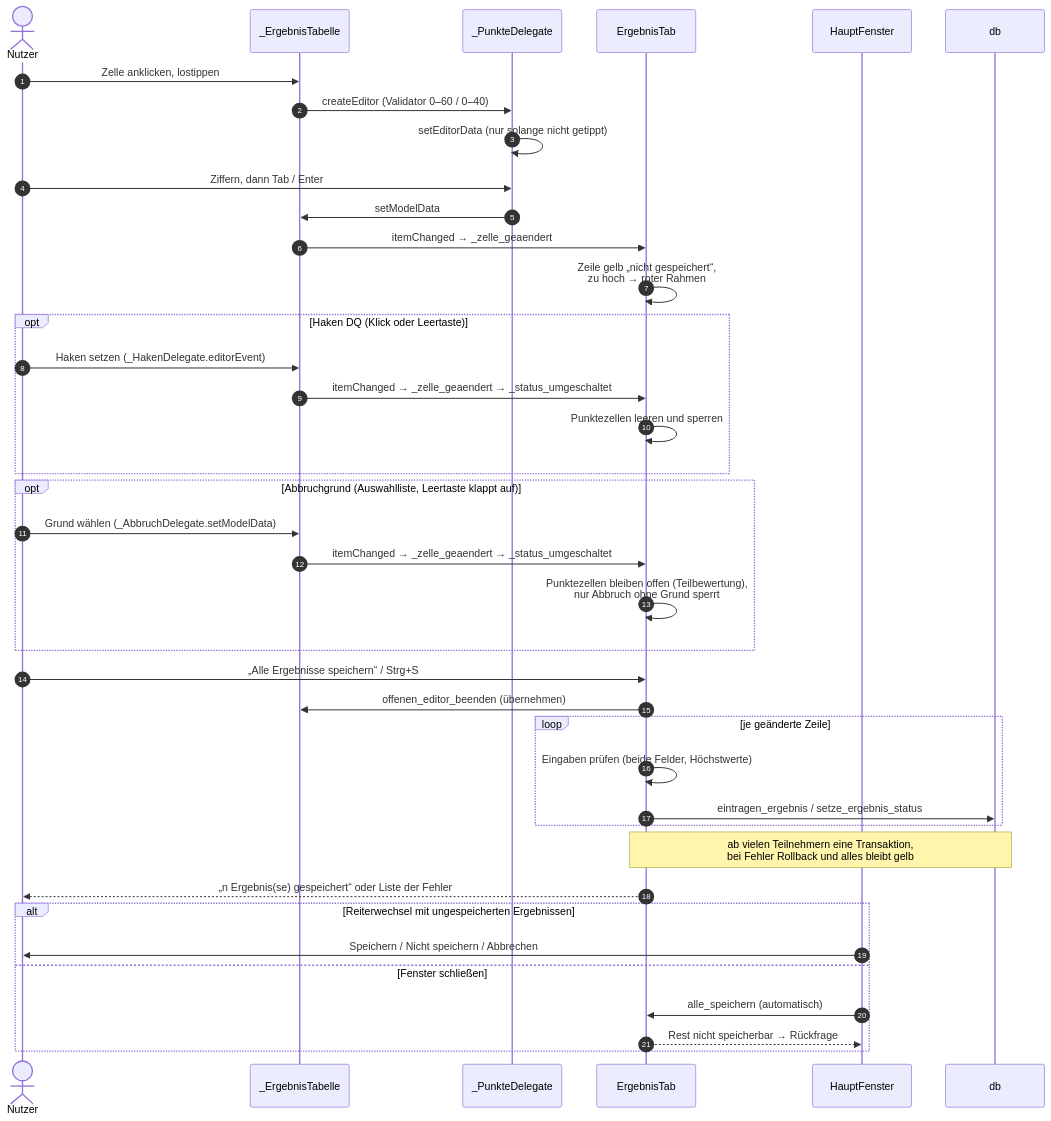
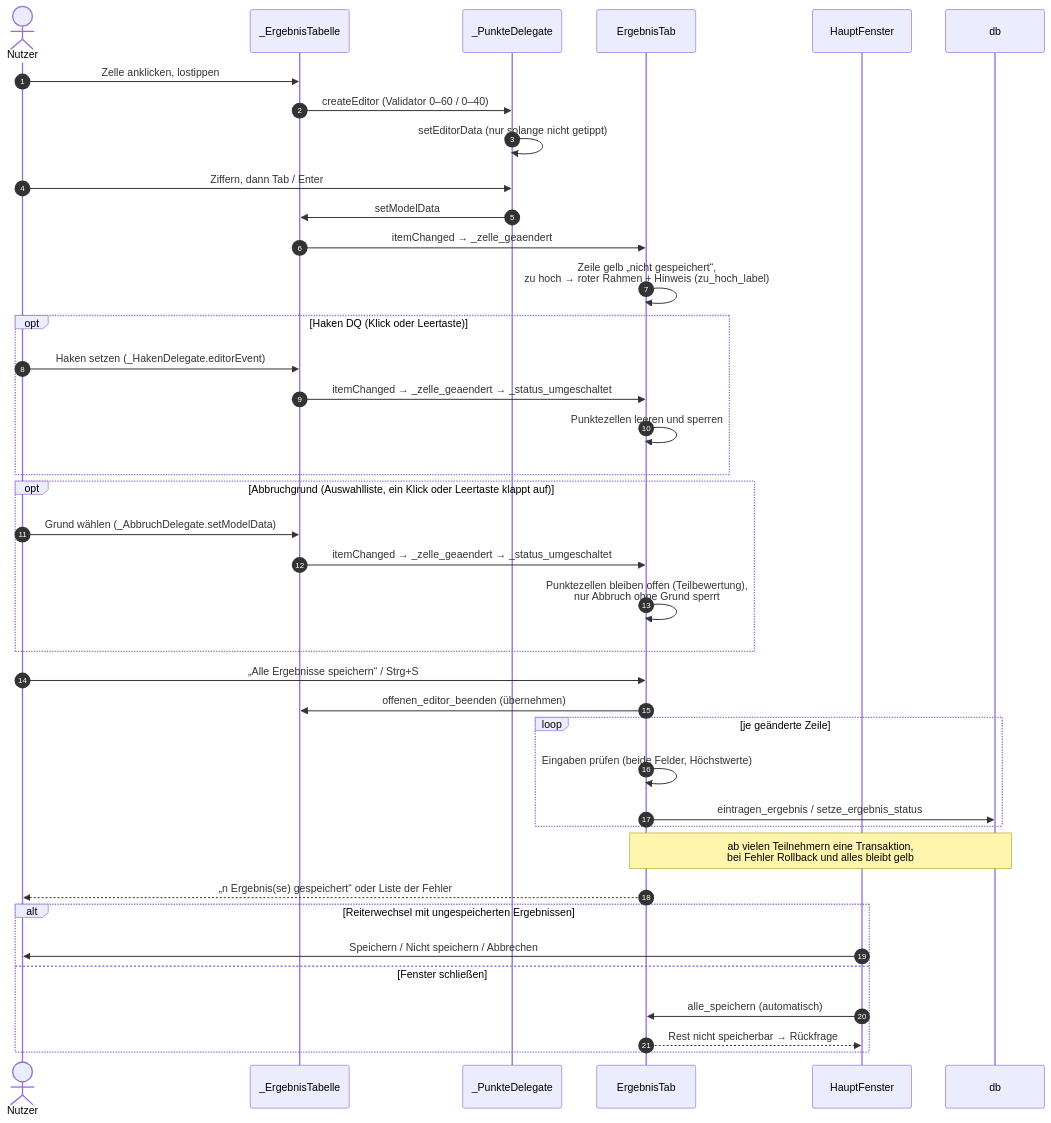
One commit to mbruver-source/SHS changed the eighth of 13 diagrams in UML.md. Above: the diagram before and after it, drawn with Mermaid. The commit also changed other lines of this file and 5 other files, not shown here.

````diff
--- a/UML.md
+++ b/UML.md
@@ -430,43 +431,43 @@
 ```mermaid
 sequenceDiagram
     autonumber
     actor N as Nutzer
     participant TB as _ErgebnisTabelle
     participant DG as _PunkteDelegate
     participant E as ErgebnisTab
     participant H as HauptFenster
     participant D as db
 
     N->>TB: Zelle anklicken, lostippen
     TB->>DG: createEditor (Validator 0–60 / 0–40)
     DG->>DG: setEditorData (nur solange nicht getippt)
     N->>DG: Ziffern, dann Tab / Enter
     DG->>TB: setModelData
     TB->>E: itemChanged → _zelle_geaendert
-    E->>E: Zeile gelb „nicht gespeichert“,<br/>zu hoch → roter Rahmen
+    E->>E: Zeile gelb „nicht gespeichert“,<br/>zu hoch → roter Rahmen + Hinweis (zu_hoch_label)
     opt Haken DQ (Klick oder Leertaste)
         N->>TB: Haken setzen (_HakenDelegate.editorEvent)
         TB->>E: itemChanged → _zelle_geaendert → _status_umgeschaltet
         E->>E: Punktezellen leeren und sperren
     end
-    opt Abbruchgrund (Auswahlliste, Leertaste klappt auf)
+    opt Abbruchgrund (Auswahlliste, ein Klick oder Leertaste klappt auf)
         N->>TB: Grund wählen (_AbbruchDelegate.setModelData)
         TB->>E: itemChanged → _zelle_geaendert → _status_umgeschaltet
         E->>E: Punktezellen bleiben offen (Teilbewertung),<br/>nur Abbruch ohne Grund sperrt
     end
     N->>E: „Alle Ergebnisse speichern“ / Strg+S
     E->>TB: offenen_editor_beenden (übernehmen)
     loop je geänderte Zeile
         E->>E: Eingaben prüfen (beide Felder, Höchstwerte)
         E->>D: eintragen_ergebnis / setze_ergebnis_status
     end
     Note over E,D: ab vielen Teilnehmern eine Transaktion,<br/>bei Fehler Rollback und alles bleibt gelb
     E-->>N: „n Ergebnis(se) gespeichert“ oder Liste der Fehler
 
     alt Reiterwechsel mit ungespeicherten Ergebnissen
         H->>N: Speichern / Nicht speichern / Abbrechen
     else Fenster schließen
         H->>E: alle_speichern (automatisch)
         E-->>H: Rest nicht speicherbar → Rückfrage
     end
 ```
````
